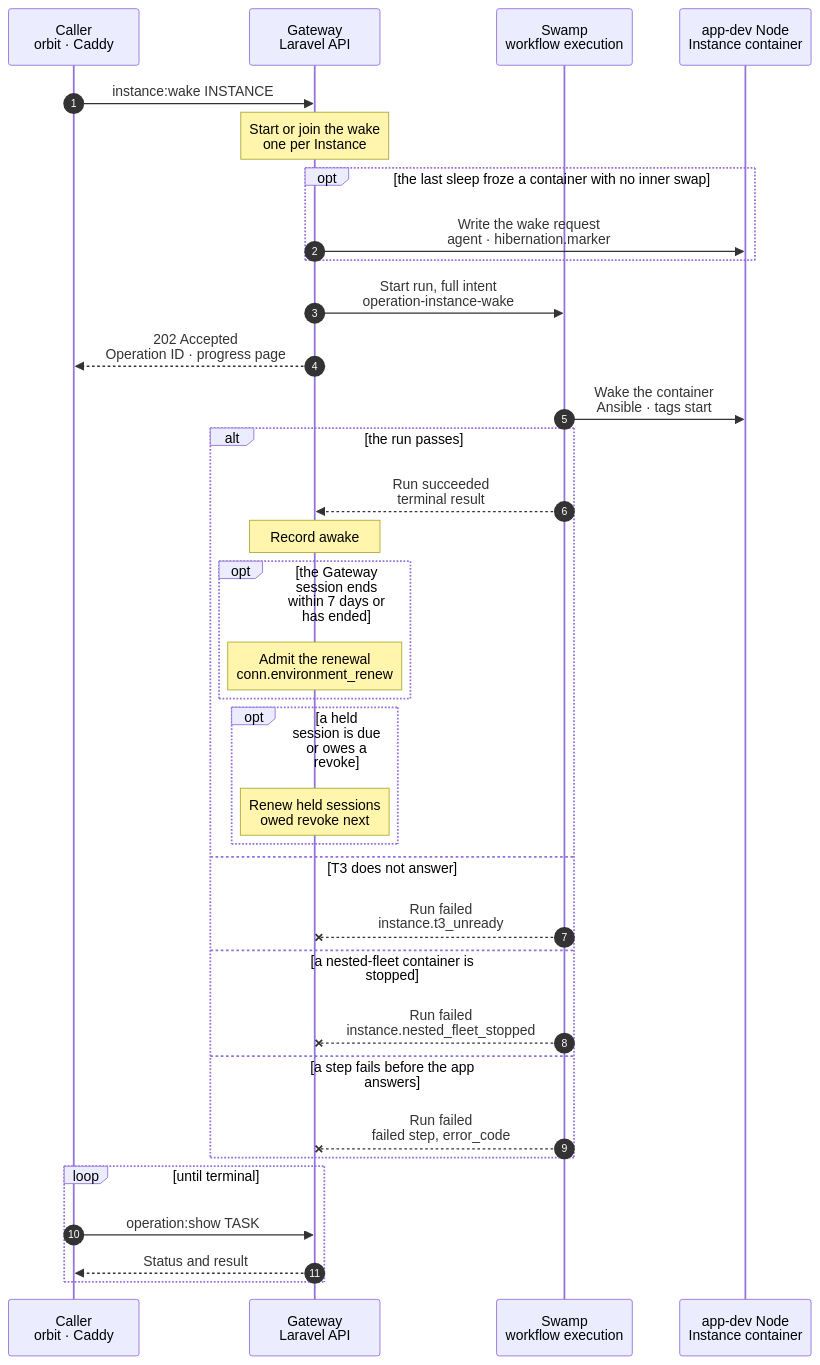
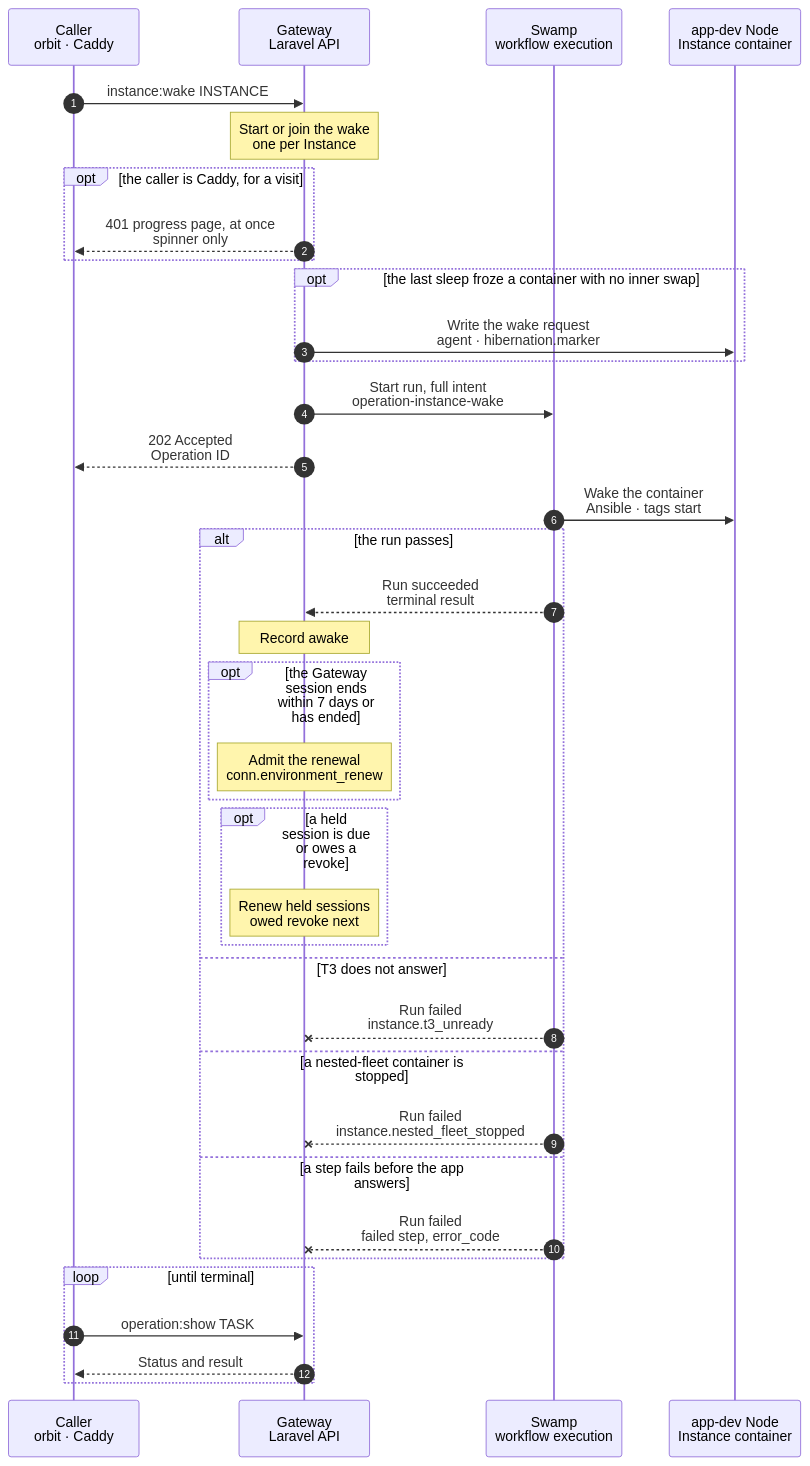
One commit to hardimpactdev/orbit changed the diagram in docs/cli/instance/wake.mmd. Above: the diagram before and after it, drawn with Mermaid. The commit also changed 1 other file, not shown here.

Commit message:
docs(instances): the wake chart answers a visit before the Node calls
Review findings: the chart's arrows now show the progress page before the
resume for Caddy, and admit()'s docblock names resumeOnNode().

```diff
--- a/docs/cli/instance/wake.mmd
+++ b/docs/cli/instance/wake.mmd
@@ -1,135 +1,140 @@
 sequenceDiagram
   %% Container runtime (ADR 0250 step 8, docs/reference/development-containers.md#sleep-and-wake): resume a sleeping development container, or start one that was stopped. Defaults and nested-fleet Instances wake under the same rule as clones (owner decision 2026-11-14); a stopped nested-fleet Instance is never booted here. A request to its Route admits the same kind through the runtime activation endpoint of docs/reference/app-dev-runtime-hibernation.md#wake.
   %% status: draft
   %% command: instance:wake
   %% kind: instance.wake
   autonumber
   %% lane CL icon=terminal pill=caller tone=gray
   %% lane GW icon=gateway pill=intent tone=blue
   %% lane SW icon=workflow pill=executes tone=green
   %% lane N icon=server pill=target tone=amber
   participant CL as Caller<br/>orbit · Caddy
   participant GW as Gateway<br/>Laravel API
   participant SW as Swamp<br/>workflow execution
   participant N as app-dev Node<br/>Instance container
   CL->>GW: instance:wake INSTANCE
   %%> Command:
   %%> - `orbit instance:wake INSTANCE`
   %%> - syntax: `<instance-id> [--json]`
   %%> Callers:
   %%> - the command
   %%> - Caddy on the Instance's Node, when a request finds the asleep marker: `GET runtime-activations/app-instance/ID`
   %%> - planned: a Conn device that opens the T3 server, and the task flow before a turn on an attached Instance
   %%> - not needed by a copy: a clone or task copy of an asleep default copies its seed snapshot
   %%> - a deployment of a sleeping Instance resumes or starts it in its own run, and removes the marker there
   %%> Requirements:
   %%> - the caller is the Instance's Node or has node access to it
   Note over GW: Start or join the wake<br/>one per Instance
   %%> When:
   %%> - an active development container, a default and a nested-fleet Instance included
   %%> - a nested-fleet Instance takes the wake only when its last sleep froze it and no wake since found it stopped; otherwise a nested-fleet clone takes its start (instance/start.mmd) and a nested-fleet default refuses: only its deployment starts it
   %%> Result:
   %%> - an open wake of the Instance is joined: a second caller gets the same Operation, Caddy the same progress page
   %%> - after a failed wake, Caddy gets the failure page with Try again until a retry or the command starts a new wake
   %%> On failure:
   %%> - no container, a non-development Instance, a nested-fleet default whose last sleep did not freeze it, or other lifecycle work starts no run
+  opt the caller is Caddy, for a visit
+    GW-->>CL: 401 progress page, at once<br/>spinner only
+    %%> Result:
+    %%> - the visitor never waits for the wake: the Gateway admits or joins it and answers before any Node call or run start
+  end
   opt the last sleep froze a container with no inner swap
     %% path: resume
     GW->>N: Write the wake request<br/>agent · hibernation.marker
     %%> What it does:
     %%> - the Operation is recorded without its run; the Node calls run after its commit
     %%> - a command caller waits for these calls; Caddy's activation call does not: the Gateway answers the progress page first and makes the calls after the answer went
     %%> - the frozen agent's `hibernation.marker` writes `/dev/shm/orbit/hibernation/app-instance-<id>.wake`; only root writes in that folder
     %%> - the app-dev role's script, started by a systemd path unit, acts only on `instance-<id>` of `orbit-instances` found Frozen with its asleep marker and a request under 1 s old: `incus resume`, `memory.swap.max` 0 on the container's cgroup, one request to FrankenPHP for an answer below 500 (1.5 s at most), then it removes the marker, writes `app-instance-<id>.resumed`, and rebuilds a stale library cache and CA bundle as the run does
     %%> - the Gateway reads the request folder and the marker with `hibernation.times` until the resume shows, within 3 s
     %%> When:
     %%> - not for a nested-fleet Instance, and not when the last sleep opened inner cgroups (its result's `swap_subtree` above 0): the script closes only the container's own cgroup, and a change to it needs an `app-dev` converge; these wakes take the run
     %%> Why:
     %%> - measured on a frozen clone: the resume takes 0.02 s and the web probe 0.4 s, but the run's start-up and playbook took 8-13 s of the 9-19 s a visitor waited
     %%> - the agent stays frozen (ADR 0253): two of its existing commands carry the request and the answer
     %%> Result:
     %%> - resumed: the Operation succeeds here with `wake: resumed`, `trigger_seconds` and `confirm_seconds`; `power_state` is `running`; Conn's renewal below runs as after a run
     %%> - Caddy already has the progress page: its poll, every 250 ms, finds the marker gone and loads the app
     %%> - an API caller gets 202 with the ended Operation
     %%> - a command caller who joins this wake waits for it up to the bound, then gets the same answer; a visit that joins it gets the progress page at once
     %%> On failure:
     %%> - the Node has no script (its first read also asks for it; the Node then skips this path for 10 minutes), the script declined (another state, FrankenPHP silent), an agent call or the Gateway failed, or the bound passed: the Gateway removes the request, and the same Operation starts the run below
     %%> - a Gateway worker that dies here: a delayed start runs the same Operation's run 15 s later
     %%> - a cancel between Caddy's answer and the Node calls: the Gateway makes no Node call
     %%> - a cancel during the resume keeps the Operation cancelled
   end
   GW->>SW: Start run, full intent<br/>operation-instance-wake
-  GW-->>CL: 202 Accepted<br/>Operation ID · progress page
+  GW-->>CL: 202 Accepted<br/>Operation ID
   SW->>N: Wake the container<br/>Ansible · tags start
   %%> What it does:
   %%> - Frozen: `incus resume`, `memory.swap.max` back to 0 on the container's cgroup and on each cgroup of the swap record that still exists (a short-lived unit's cgroup may be gone; that never fails the wake), FrankenPHP gets 10 tries 1 s apart; nothing boots and nothing converges, `wake: resumed`
   %%> - a nested-fleet Instance resumes with its inner fleet, `wg-nested` and the Club key in /run: a freeze keeps them, so the wake starts and checks no fleet
   %%> - Frozen and FrankenPHP silent: `incus stop --force`, then the boot below, `wake: restarted_after_resume`; a nested-fleet Instance is never stopped: the wake fails `instance.web_unready`
   %%> - Stopped (after a host reboot or a sleep that fell back to a stop): the boot below, `wake: started`; a nested-fleet Instance is never booted here: see the branch below
   %%> - Running (after a reboot with `boot.autostart`): no start and no resume, `wake: already_running`
   %%> - a Frozen container without the marker is resumed; the result says `marker_found: false`
   %%> - before the boot, the presented machine name: a stopped container gets `/etc/hostname`, `/etc/machine-info` and the `127.0.1.1` line of `/etc/hosts` through the file API before the boot, so the boot gives the kernel and T3 the name; a running or frozen container gets nothing, and nothing restarts
   %%> - boot: `incus start`; nftables, T3, FrankenPHP and the enabled Process units start with the container
   %%> - waits until each desired-running unit is active, then until FrankenPHP answers, else `instance.web_unready`
   %%> - a 5xx answer gets up to 5 s to clear; an app that answers 5xx by itself is then served as it is
   %%> - removes the asleep marker, so Caddy sends the next request to the app
   %%> - then rebuilds the container's library cache with `ldconfig -X` when it lacks a soname of the runtime folder (a converge cannot exec in a frozen container); a failed check fails nothing
   %%> - then runs `update-ca-certificates` when the CA bundle lacks the container's Orbit root (the converge writes the root's file, but a frozen container refuses the exec); a container without the file skips it
   %%> - then waits up to 30 s for T3's environment endpoint in an Instance with a T3 server, else `instance.t3_unready`; a default has none and ends with the app
   %%> Why:
   %%> - one playbook: a second Ansible start costs about 4 s on the visitor's path
   %%> - the visitor waits for the app, not for T3; T3 gates only the Operation's end
   %%> - unit enablement holds each Process's desired state, so a stopped Process stays stopped
   %%> When:
   %%> - the wake's state handling runs only in a start whose intent names `marker`; a deployment's start and a nested-fleet clone's start name `asleep_marker` instead, which only removes the marker once the `start` part passed, with no web probe
   alt the run passes
     %% path: main
     SW-->>GW: Run succeeded<br/>terminal result
     Note over GW: Record awake
     %%> Result:
     %%> - the runtime's `power_state` is `running`; the Conn layer shows the T3 server awake
     %%> - the result names the path, `marker_found`, and a resume's `resume_seconds` and `web_probe_seconds`
     %%> - the progress page loads the original path
     opt the Gateway session ends within 7 days or has ended
       Note over GW: Admit the renewal<br/>conn.environment_renew
       %%> When:
       %%> - after the wake's transaction; it never fails the wake
       %%> What it does:
       %%> - see conn/environment-renew.mmd; the run needs no old session, so a session that ended during the sleep renews too
     end
     opt a held session is due or owes a revoke
       Note over GW: Renew held sessions<br/>owed revoke next
       %%> When:
       %%> - after the wake's transaction, while the Gateway session has not ended; it never fails the wake
       %%> What it does:
       %%> - see conn/session-hold.mmd: one renewal per held session that ends within seven days
       %%> - and the server's next owed held revoke (conn/pairing-revoke.mmd), which waited while the Instance slept
     end
   else T3 does not answer
     %% path: t3-unready
     SW--xGW: Run failed<br/>instance.t3_unready
     %%> Result:
     %%> - the Operation fails; the marker is gone and the Route serves the app
     %%> - the runtime's `power_state` is `running`, because the container runs
     %%> Retry:
     %%> - the same command; a start of a running container changes nothing
   else a nested-fleet container is stopped
     %% path: nested-stopped
     SW--xGW: Run failed<br/>instance.nested_fleet_stopped
     %%> Why:
     %%> - a host reboot or a stop ended the freeze; a boot without the Club key and `wg-nested` gives a fleet that cannot pass Doctor
     %%> Result:
     %%> - nothing boots; the marker stays and `power_state` stays `stopped`
     %%> - the sleep no longer counts as frozen: the next wake of a clone takes its start, which removes the marker; a default starts only by its deployment
   else a step fails before the app answers
     %% path: failed
     SW--xGW: Run failed<br/>failed step, error_code
     %%> Result:
     %%> - the asleep marker stays; the Route shows the failure page with Try again
     %%> Retry:
     %%> - Try again or the same command; a start of a running container changes nothing
   end
   loop until terminal
     CL->>GW: operation:show TASK
     GW-->>CL: Status and result
   end
```
